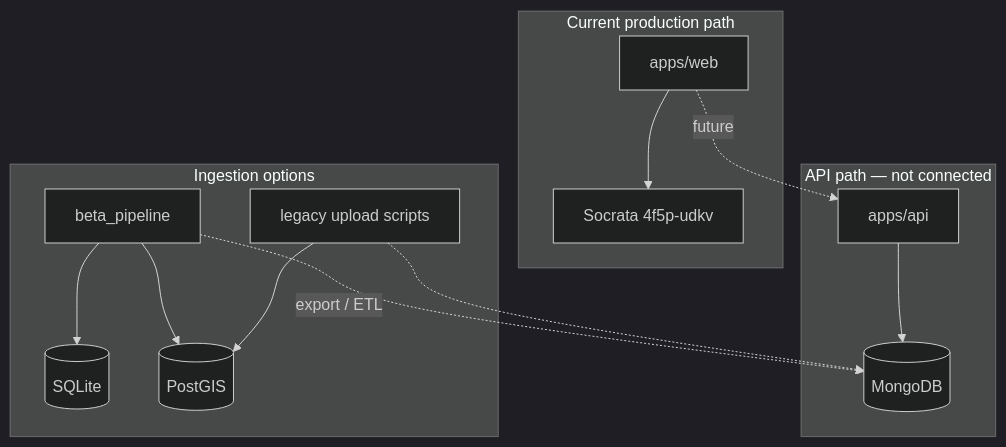
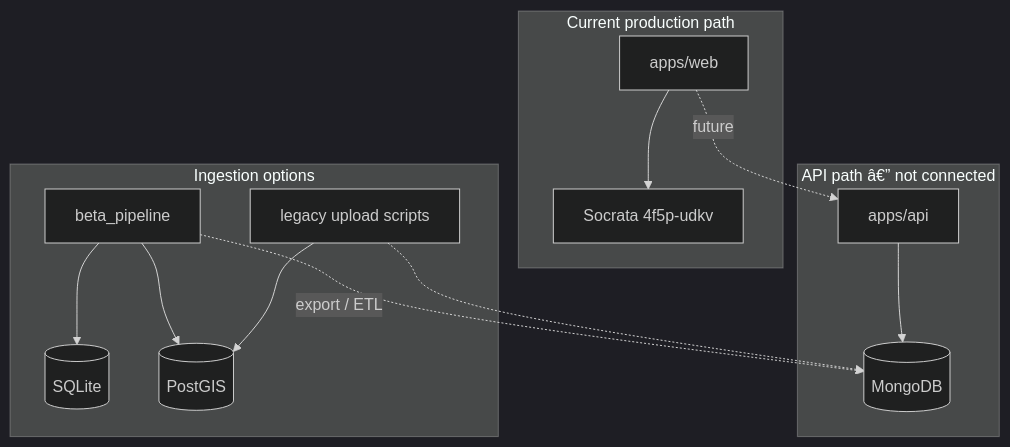
Before and after one commit to gregpawin/lucky-parking: the second of 2 diagrams in docs/04-backend-api.md, drawn with Mermaid (dark theme). The commit also changed other lines of this file and 199 other files, not shown here.

````diff
--- a/docs/04-backend-api.md
+++ b/docs/04-backend-api.md
@@ -122,26 +124,26 @@
 ```mermaid
 flowchart TB
     subgraph current [Current production path]
         WEB[apps/web]
         SOC[Socrata 4f5p-udkv]
         WEB --> SOC
     end
 
-    subgraph api_path [API path — not connected]
+    subgraph api_path [API path â€” not connected]
         API[apps/api]
         MONGO[(MongoDB)]
         API --> MONGO
     end
 
     subgraph pipeline [Ingestion options]
         BETA[beta_pipeline]
         LEG[legacy upload scripts]
         BETA --> SQLITE[(SQLite)]
         BETA --> PG[(PostGIS)]
         LEG --> PG
     end
 
     WEB -.->|"future"| API
     BETA -.->|"export / ETL"| MONGO
     LEG -.-> MONGO
 ```
````
